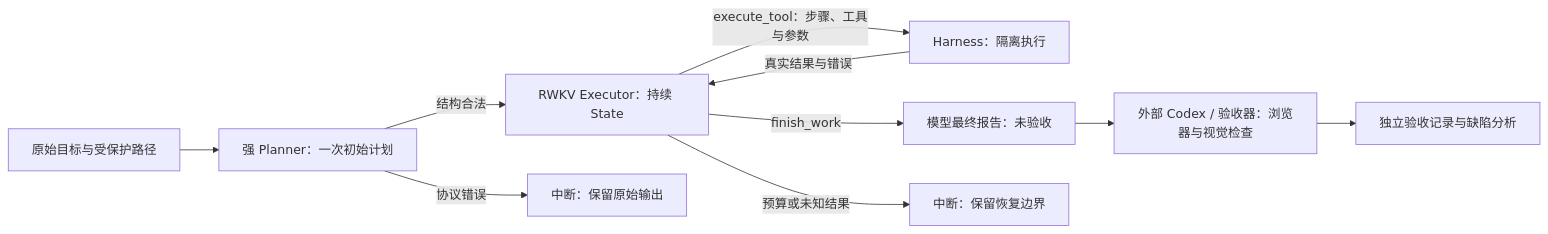
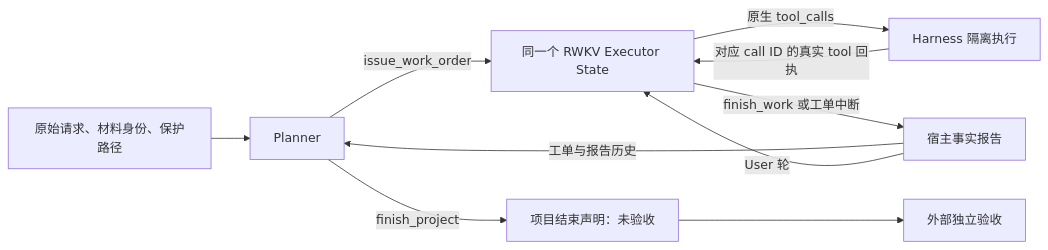
The diagram in docs/ARCHITECTURE.zh-CN.md (rwkv-rs/RWKV-LH), drawn with Mermaid before and after one commit. The commit also changed other lines of this file and 137 other files, not shown here.

First line of the commit message:
CODEX_WIRING_20261029 phases 2-5: wire persistent work orders

````diff
--- a/docs/ARCHITECTURE.zh-CN.md
+++ b/docs/ARCHITECTURE.zh-CN.md
@@ -9,12 +9,12 @@
 ```mermaid
 flowchart LR
-    U[原始目标与受保护路径] --> P[强 Planner：一次初始计划]
-    P -->|结构合法| E[RWKV Executor：持续 State]
-    P -->|协议错误| I[中断：保留原始输出]
-    E -->|execute_tool：步骤、工具与参数| T[Harness：隔离执行]
-    T -->|真实结果与错误| E
-    E -->|finish_work| F[模型最终报告：未验收]
-    E -->|预算或未知结果| B[中断：保留恢复边界]
-    F --> V[外部 Codex / 验收器：浏览器与视觉检查]
-    V --> R[独立验收记录与缺陷分析]
+    U[原始请求、材料身份、保护路径] --> P[Planner]
+    P -->|issue_work_order| E[同一个 RWKV Executor State]
+    E -->|原生 tool_calls| T[Harness 隔离执行]
+    T -->|对应 call ID 的真实 tool 回执| E
+    E -->|finish_work 或工单中断| H[宿主事实报告]
+    H -->|工单与报告历史| P
+    H -->|User 轮| E
+    P -->|finish_project| F[项目结束声明：未验收]
+    F --> V[外部独立验收]
 ```
````
